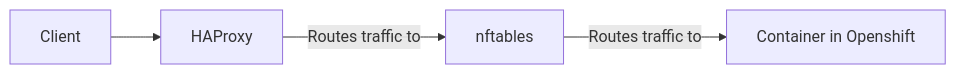
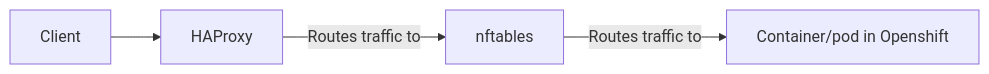
The sixth of 7 diagrams in README.md (emmahone/haproxy-state-machine), drawn with Mermaid before and after one commit.

````diff
--- a/README.md
+++ b/README.md
@@ -131,6 +131,6 @@
 ```mermaid
 graph LR
   A[Client] --> B[HAProxy]
   B -- Routes traffic to --> C[nftables]
-  C -- Routes traffic to --> D[Container in Openshift]
+  C -- Routes traffic to --> D[Container/pod in Openshift]
 ```
````
